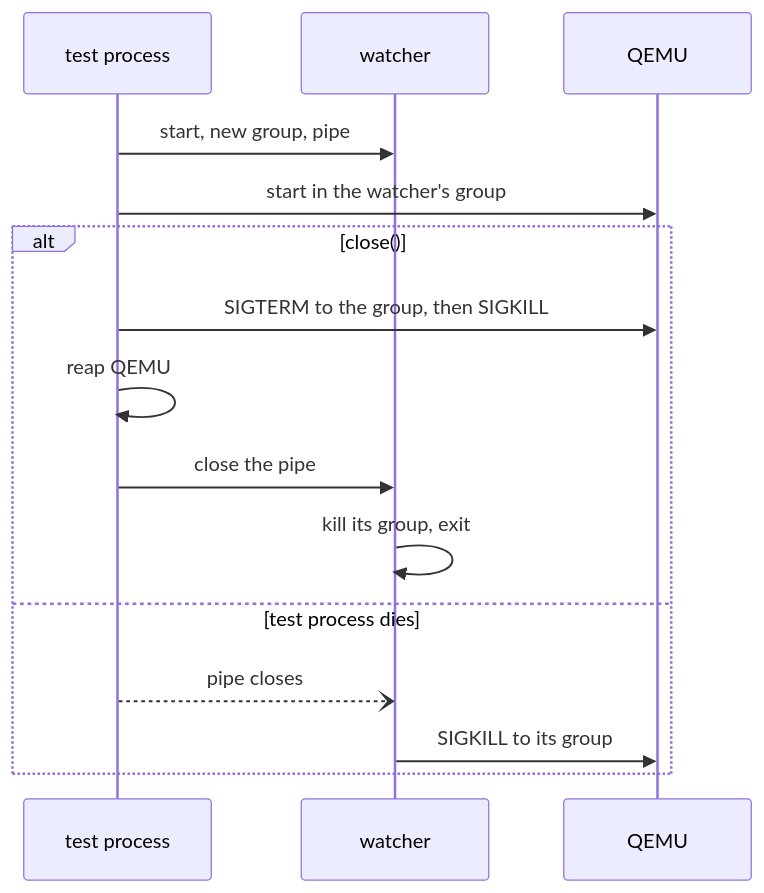
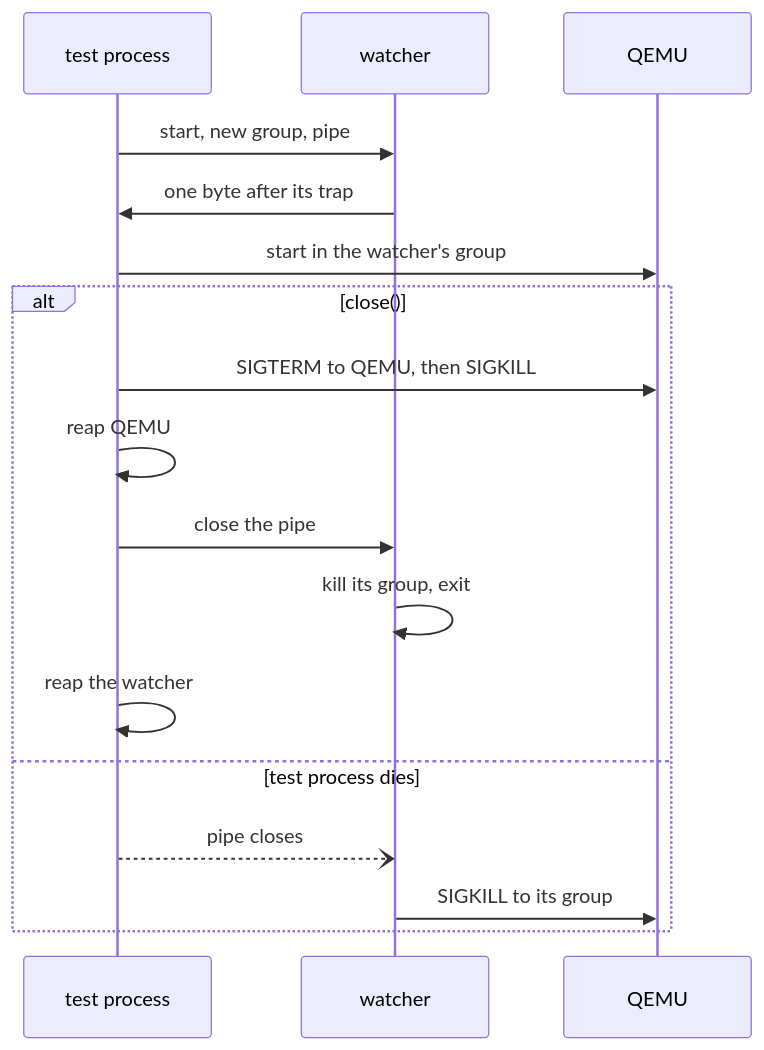
The diagram in tests/README.md (RobCo-Industries/RobCo-Core), drawn with Mermaid before and after one commit. The commit also changed other lines of this file and 2 other files, not shown here.

First line of the commit message:
Never let close() kill the QEMU watcher

````diff
--- a/tests/README.md
+++ b/tests/README.md
@@ -461,17 +471,19 @@
 ```mermaid
 sequenceDiagram
     participant T as test process
     participant W as watcher
     participant Q as QEMU
     T->>W: start, new group, pipe
+    W->>T: one byte after its trap
     T->>Q: start in the watcher's group
     alt close()
-        T->>Q: SIGTERM to the group, then SIGKILL
+        T->>Q: SIGTERM to QEMU, then SIGKILL
         T->>T: reap QEMU
         T->>W: close the pipe
         W->>W: kill its group, exit
+        T->>T: reap the watcher
     else test process dies
         T--)W: pipe closes
         W->>Q: SIGKILL to its group
     end
 ```
````
